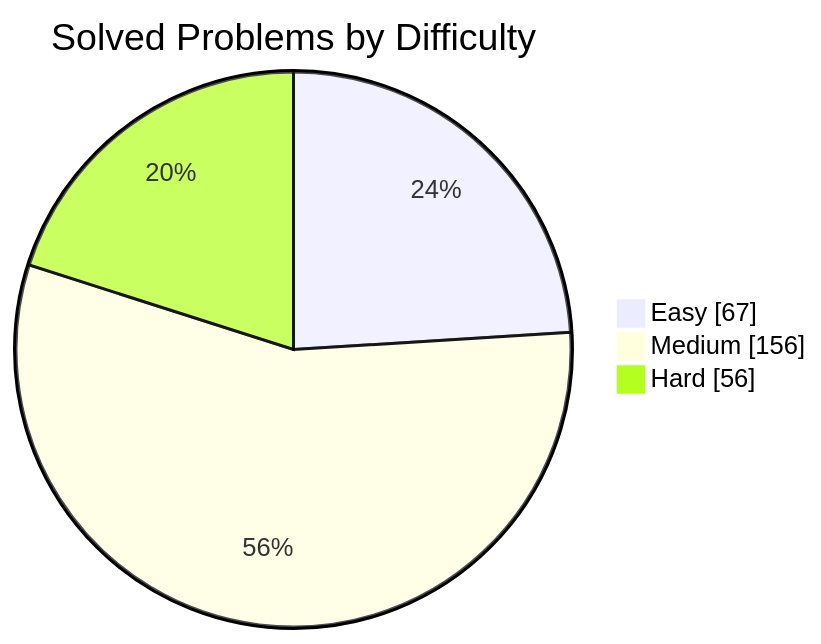
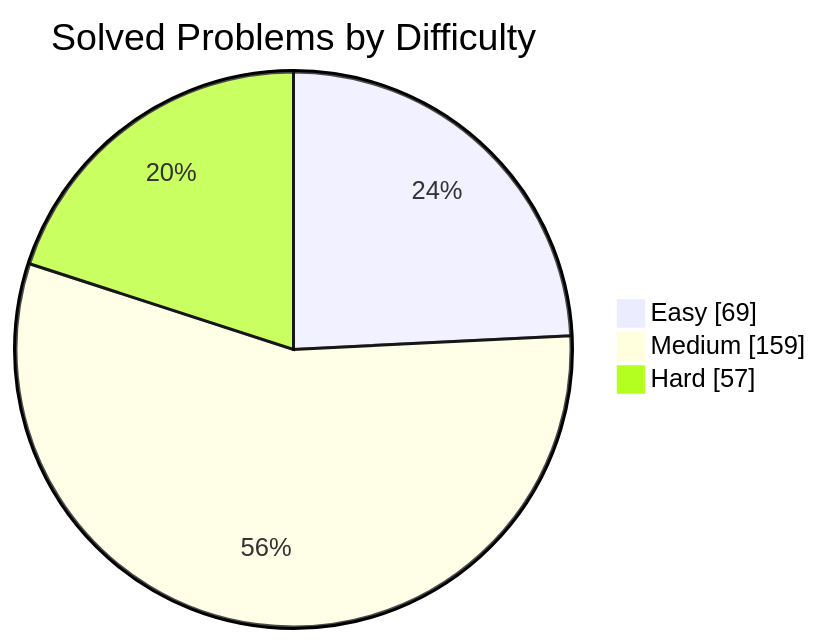
The first of 2 diagrams in README.md (manikantbindass/DSA-Preparation-FAANG), drawn with Mermaid before and after one commit. The commit also changed other lines of this file and 1 other file, not shown here.

````diff
--- a/README.md
+++ b/README.md
@@ -77,7 +77,7 @@
 ```mermaid
 pie showData
     title Solved Problems by Difficulty
-    "Easy" : 67
-    "Medium" : 156
-    "Hard" : 56
+    "Easy" : 69
+    "Medium" : 159
+    "Hard" : 57
 ```
````
